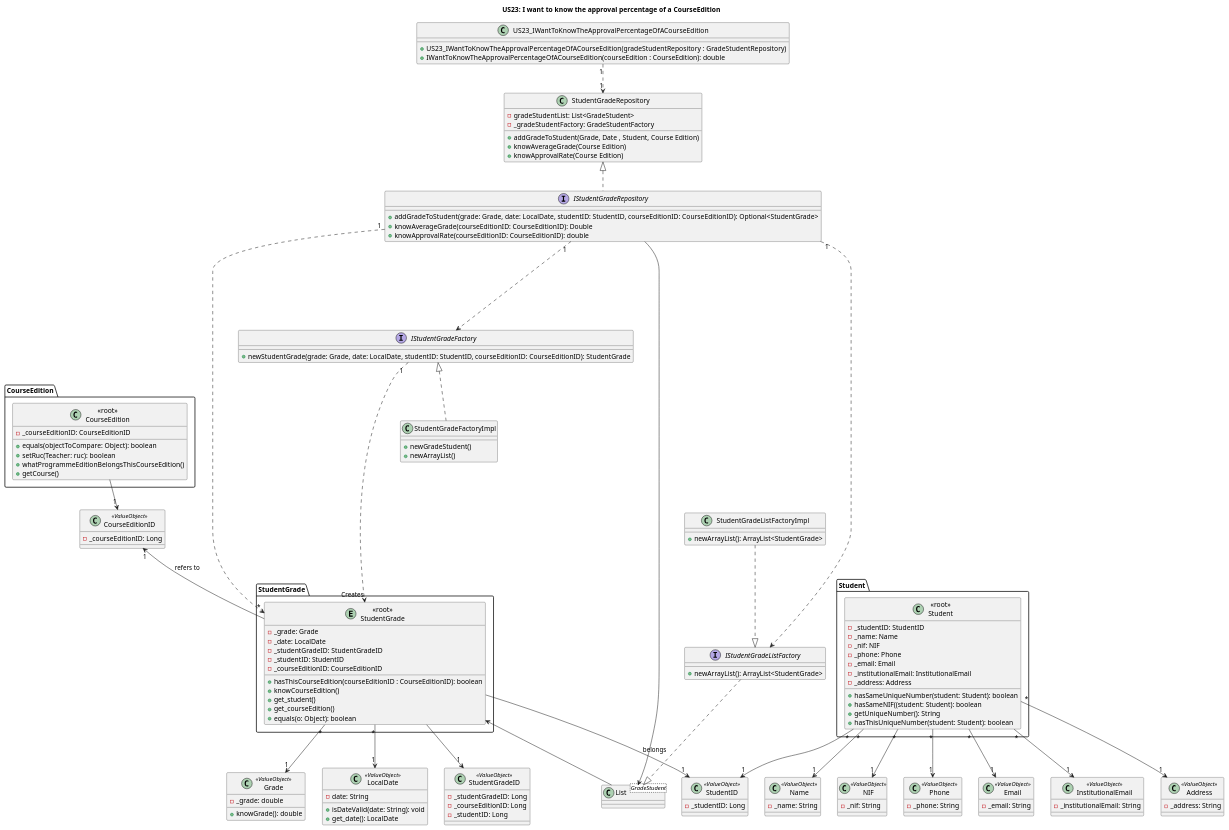
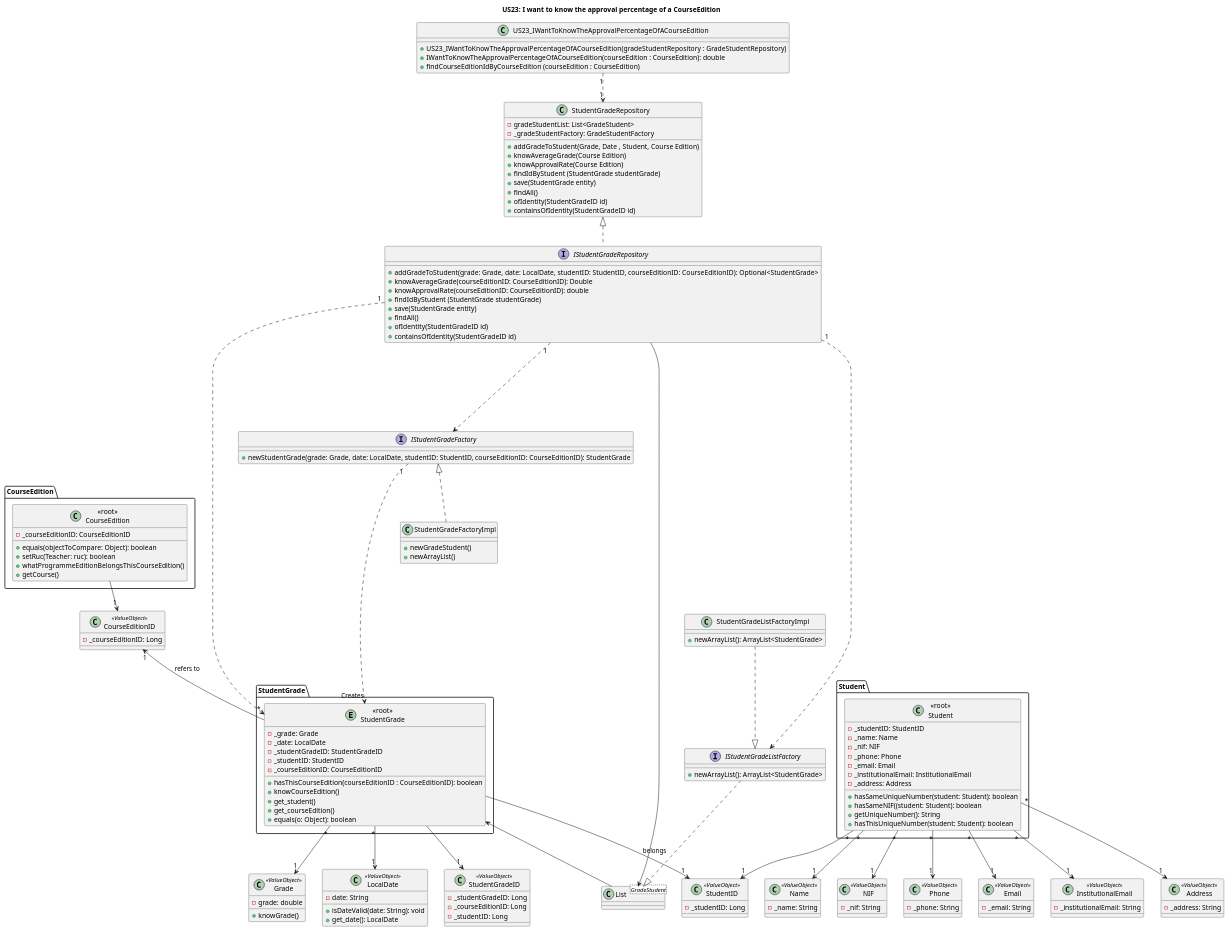
Before and after one commit to GasparISEP/DevOps-PAI: the diagram in docs/US23/US23_iWantToKnowTheApprovalPercentageOfCourseEditionClassDiagramController.puml, drawn with PlantUML.

Commit message:
Ref #55 : Updated US23 class diagram with new attributes methods in repository added by colleagues

```diff
--- a/docs/US23/US23_iWantToKnowTheApprovalPercentageOfCourseEditionClassDiagramController.puml
+++ b/docs/US23/US23_iWantToKnowTheApprovalPercentageOfCourseEditionClassDiagramController.puml
@@ -1,169 +1,181 @@
 @startuml
 title US23: I want to know the approval percentage of a CourseEdition
 'left to right direction
 
 class US23_IWantToKnowTheApprovalPercentageOfACourseEdition  {
     +US23_IWantToKnowTheApprovalPercentageOfACourseEdition(gradeStudentRepository : GradeStudentRepository)
     +IWantToKnowTheApprovalPercentageOfACourseEdition(courseEdition : CourseEdition): double
-
+    +findCourseEditionIdByCourseEdition (courseEdition : CourseEdition)
 }
 
 interface IStudentGradeRepository {
     +addGradeToStudent(grade: Grade, date: LocalDate, studentID: StudentID, courseEditionID: CourseEditionID): Optional<StudentGrade>
     +knowAverageGrade(courseEditionID: CourseEditionID): Double
     +knowApprovalRate(courseEditionID: CourseEditionID): double
+    +findIdByStudent (StudentGrade studentGrade)
+    +save(StudentGrade entity)
+    +findAll()
+    +ofIdentity(StudentGradeID id)
+    +containsOfIdentity(StudentGradeID id)
+
 }
 
 package "StudentGrade" {
 entity "<<root>>\nStudentGrade" {
     -_grade: Grade
     -_date: LocalDate
     -_studentGradeID: StudentGradeID
     -_studentID: StudentID
     -_courseEditionID: CourseEditionID
     +hasThisCourseEdition(courseEditionID : CourseEditionID): boolean
     +knowCourseEdition()
     +get_student()
     +get_courseEdition()
     +equals(o: Object): boolean
 
     }
 }
 
 class Grade <<ValueObject>> {
-    -_grade: double
-    +knowGrade(): double
+     -grade: double
+        +knowGrade()
     }
 
     class LocalDate <<ValueObject>> {
     -date: String
     +isDateValid(date: String): void
     +get_date(): LocalDate
     }
 
 class StudentGradeID <<ValueObject>> {
     -_studentGradeID: Long
     -_courseEditionID: Long
     -_studentID: Long
 }
 
 class StudentGradeRepository {
     -gradeStudentList: List<GradeStudent>
     - _gradeStudentFactory: GradeStudentFactory
     +addGradeToStudent(Grade, Date , Student, Course Edition)
     +knowAverageGrade(Course Edition)
     +knowApprovalRate(Course Edition)
+    +findIdByStudent (StudentGrade studentGrade)
+    +save(StudentGrade entity)
+    +findAll()
+    +ofIdentity(StudentGradeID id)
+    +containsOfIdentity(StudentGradeID id)
+
 }
 
 
 class StudentGradeFactoryImpl {
     +newGradeStudent()
 }
 class List<GradeStudent> {
 
 }
 
 class StudentGradeFactoryImpl {
     +newArrayList()
 }
 
 class StudentGradeListFactoryImpl {
     +newArrayList(): ArrayList<StudentGrade>
 }
 
 interface IStudentGradeListFactory {
     +newArrayList(): ArrayList<StudentGrade>
 }
 
 interface IStudentGradeFactory {
     +newStudentGrade(grade: Grade, date: LocalDate, studentID: StudentID, courseEditionID: CourseEditionID): StudentGrade
 }
 
 package "Student" {
 class "<<root>>\nStudent" {
     -_studentID: StudentID
     -_name: Name
     -_nif: NIF
     -_phone: Phone
     -_email: Email
     -_institutionalEmail: InstitutionalEmail
     -_address: Address
     +hasSameUniqueNumber(student: Student): boolean
     +hasSameNIF((student: Student): boolean
     +getUniqueNumber(): String
     +hasThisUniqueNumber(student: Student): boolean
     }
 }
 
 class Name <<ValueObject>> {
     -_name: String
     }
 
     class NIF <<ValueObject>> {
     -_nif: String
     }
 
     class Phone <<ValueObject>> {
     -_phone: String
     }
 
     class Email <<ValueObject>> {
     -_email: String
     }
 
     class InstitutionalEmail <<ValueObject>> {
     -_institutionalEmail: String
     }
 
     class Address <<ValueObject>> {
     -_address: String
     }
 
 class StudentID <<ValueObject>> {
     -_studentID: Long
 }
 package "CourseEdition" {
 class "<<root>>\nCourseEdition" {
     -_courseEditionID: CourseEditionID
     +equals(objectToCompare: Object): boolean
     +setRuc(Teacher: ruc): boolean
     +whatProgrammeEditionBelongsThisCourseEdition()
     +getCourse()
     }
 }
 
 class CourseEditionID <<ValueObject>> {
     -_courseEditionID: Long
 }
 
 "<<root>>\nStudentGrade" "*" --> "1" Grade
 "<<root>>\nStudentGrade" "*" --> "1" LocalDate
 "<<root>>\nStudentGrade" --> "1" StudentID: belongs
 "<<root>>\nStudentGrade" --> "1" StudentGradeID
 "<<root>>\nStudentGrade" -up-> "1" CourseEditionID : refers to
 "<<root>>\nStudent" "*" --> "1" Name
 "<<root>>\nStudent" "*" --> "1" NIF
 "<<root>>\nStudent" "*" --> "1" Email
 "<<root>>\nStudent" "*" --> "1" Phone
 "<<root>>\nStudent" "*" --> "1" Address
 "<<root>>\nStudent" "*" --> "1" StudentID
 "<<root>>\nStudent" "*" --> "1" InstitutionalEmail
 IStudentGradeRepository "1" ....> IStudentGradeFactory
 IStudentGradeRepository "1" ....>  IStudentGradeListFactory
 IStudentGradeFactory "1" ....> "Creates" "<<root>>\nStudentGrade"
 StudentGradeListFactoryImpl ..|>  IStudentGradeListFactory
 IStudentGradeFactory  <|..  StudentGradeFactoryImpl
 IStudentGradeListFactory ..|> List
 "<<root>>\nStudentGrade" <-- List
 StudentGradeRepository <|.. IStudentGradeRepository
 List <-- IStudentGradeRepository
 
 "<<root>>\nCourseEdition" --> "1" CourseEditionID
 
 IStudentGradeRepository "1" ....> "*" "<<root>>\nStudentGrade"
 
 US23_IWantToKnowTheApprovalPercentageOfACourseEdition "1" ..> "1" StudentGradeRepository
 
 
 
 @enduml
```
